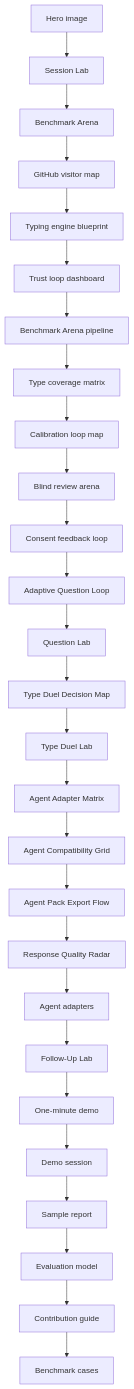
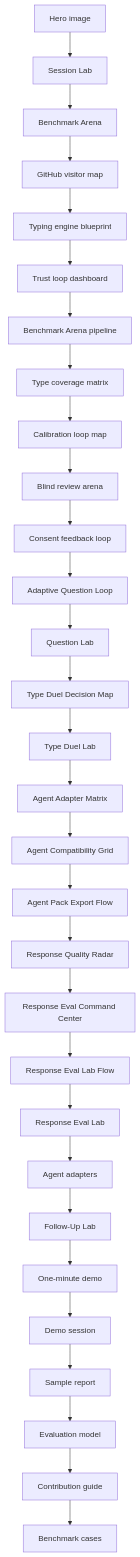
One commit to Zaoqu-Liu/mbti-typing-skill changed the diagram in docs/visual-tour.md. Above: the diagram before and after it, drawn with Mermaid. The commit also changed other lines of this file and 22 other files, not shown here.

Commit message:
Add response eval lab

````diff
--- a/docs/visual-tour.md
+++ b/docs/visual-tour.md
@@ -310,29 +345,32 @@
 ```mermaid
 flowchart TD
     A[Hero image] --> B[Session Lab]
     B --> C[Benchmark Arena]
     C --> D[GitHub visitor map]
     D --> E[Typing engine blueprint]
     E --> F[Trust loop dashboard]
     F --> G[Benchmark Arena pipeline]
     G --> H[Type coverage matrix]
     H --> I[Calibration loop map]
     I --> J[Blind review arena]
     J --> K[Consent feedback loop]
     K --> L[Adaptive Question Loop]
     L --> M[Question Lab]
     M --> N[Type Duel Decision Map]
     N --> O[Type Duel Lab]
     O --> P[Agent Adapter Matrix]
     P --> Q[Agent Compatibility Grid]
     Q --> R[Agent Pack Export Flow]
     R --> S[Response Quality Radar]
-    S --> T[Agent adapters]
-    T --> U[Follow-Up Lab]
-    U --> V[One-minute demo]
-    V --> W[Demo session]
-    W --> X[Sample report]
-    X --> Y[Evaluation model]
-    Y --> Z[Contribution guide]
-    Z --> AA[Benchmark cases]
+    S --> T[Response Eval Command Center]
+    T --> U[Response Eval Lab Flow]
+    U --> V[Response Eval Lab]
+    V --> W[Agent adapters]
+    W --> X[Follow-Up Lab]
+    X --> Y[One-minute demo]
+    Y --> Z[Demo session]
+    Z --> AA[Sample report]
+    AA --> AB[Evaluation model]
+    AB --> AC[Contribution guide]
+    AC --> AD[Benchmark cases]
 ```
````
